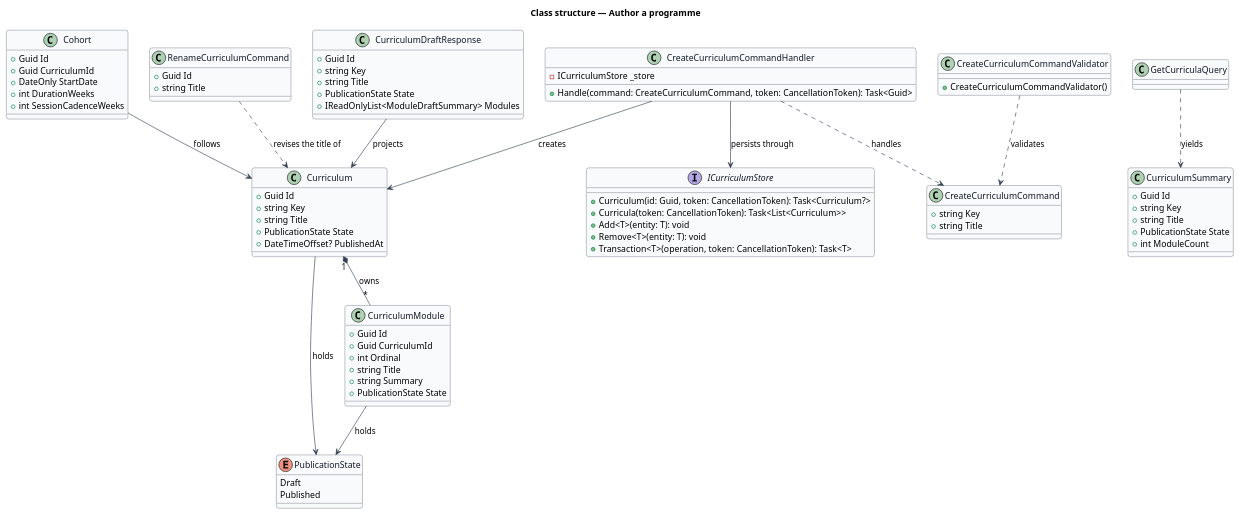
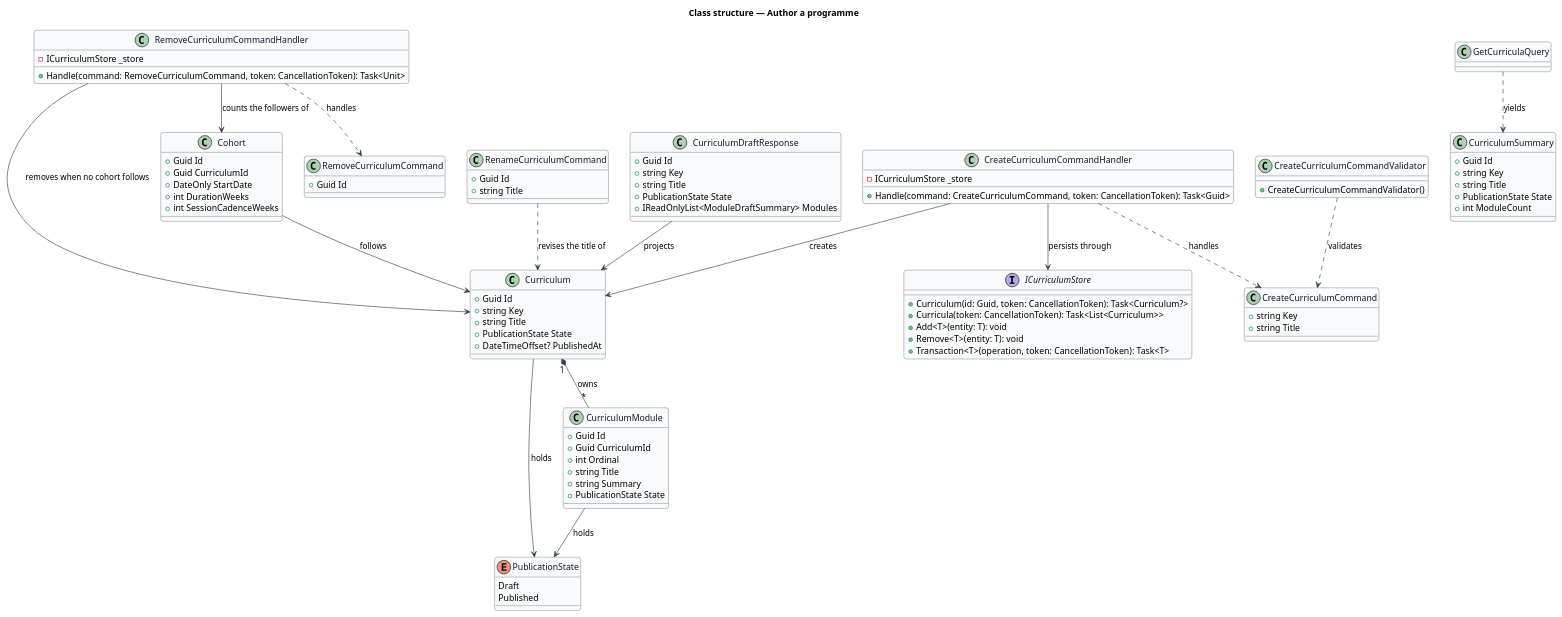
One commit to QuinntyneBrown/quinntyne-brown-stewardship changed the diagram in docs/detailed-designs/administration/author-programme/diagrams/class-structure.puml. Above: the diagram before and after it, drawn with PlantUML. The commit also changed 5 other files, not shown here.

```diff
--- a/docs/detailed-designs/administration/author-programme/diagrams/class-structure.puml
+++ b/docs/detailed-designs/administration/author-programme/diagrams/class-structure.puml
@@ -1,101 +1,113 @@
 @startuml
 skinparam backgroundColor #FFFFFF
 skinparam shadowing false
 skinparam roundcorner 8
 skinparam defaultFontName Arial
 skinparam ArrowColor #344054
 skinparam class {
   BorderColor #344054
   FontColor #101828
   BackgroundColor #F9FAFB
 }
 title Class structure — Author a programme
 
 enum PublicationState {
   Draft
   Published
 }
 
 class Curriculum {
   +Guid Id
   +string Key
   +string Title
   +PublicationState State
   +DateTimeOffset? PublishedAt
 }
 
 class CurriculumModule {
   +Guid Id
   +Guid CurriculumId
   +int Ordinal
   +string Title
   +string Summary
   +PublicationState State
 }
 
 class Cohort {
   +Guid Id
   +Guid CurriculumId
   +DateOnly StartDate
   +int DurationWeeks
   +int SessionCadenceWeeks
 }
 
 class CreateCurriculumCommand {
   +string Key
   +string Title
 }
 
 class CreateCurriculumCommandValidator {
   +CreateCurriculumCommandValidator()
 }
 
 class CreateCurriculumCommandHandler {
   -ICurriculumStore _store
   +Handle(command: CreateCurriculumCommand, token: CancellationToken): Task<Guid>
 }
 
 class RenameCurriculumCommand {
   +Guid Id
   +string Title
 }
 
+class RemoveCurriculumCommand {
+  +Guid Id
+}
+
+class RemoveCurriculumCommandHandler {
+  -ICurriculumStore _store
+  +Handle(command: RemoveCurriculumCommand, token: CancellationToken): Task<Unit>
+}
+
 class GetCurriculaQuery {
 }
 
 class CurriculumSummary {
   +Guid Id
   +string Key
   +string Title
   +PublicationState State
   +int ModuleCount
 }
 
 class CurriculumDraftResponse {
   +Guid Id
   +string Key
   +string Title
   +PublicationState State
   +IReadOnlyList<ModuleDraftSummary> Modules
 }
 
 interface ICurriculumStore {
   +Curriculum(id: Guid, token: CancellationToken): Task<Curriculum?>
   +Curricula(token: CancellationToken): Task<List<Curriculum>>
   +Add<T>(entity: T): void
   +Remove<T>(entity: T): void
   +Transaction<T>(operation, token: CancellationToken): Task<T>
 }
 
 Curriculum "1" *-- "*" CurriculumModule : owns
 Curriculum --> PublicationState : holds
 CurriculumModule --> PublicationState : holds
 Cohort --> Curriculum : follows
 CreateCurriculumCommandValidator ..> CreateCurriculumCommand : validates
 CreateCurriculumCommandHandler ..> CreateCurriculumCommand : handles
 CreateCurriculumCommandHandler --> ICurriculumStore : persists through
 CreateCurriculumCommandHandler --> Curriculum : creates
 GetCurriculaQuery ..> CurriculumSummary : yields
 CurriculumDraftResponse --> Curriculum : projects
 RenameCurriculumCommand ..> Curriculum : revises the title of
+RemoveCurriculumCommandHandler ..> RemoveCurriculumCommand : handles
+RemoveCurriculumCommandHandler --> Curriculum : removes when no cohort follows
+RemoveCurriculumCommandHandler --> Cohort : counts the followers of
 @enduml
```
